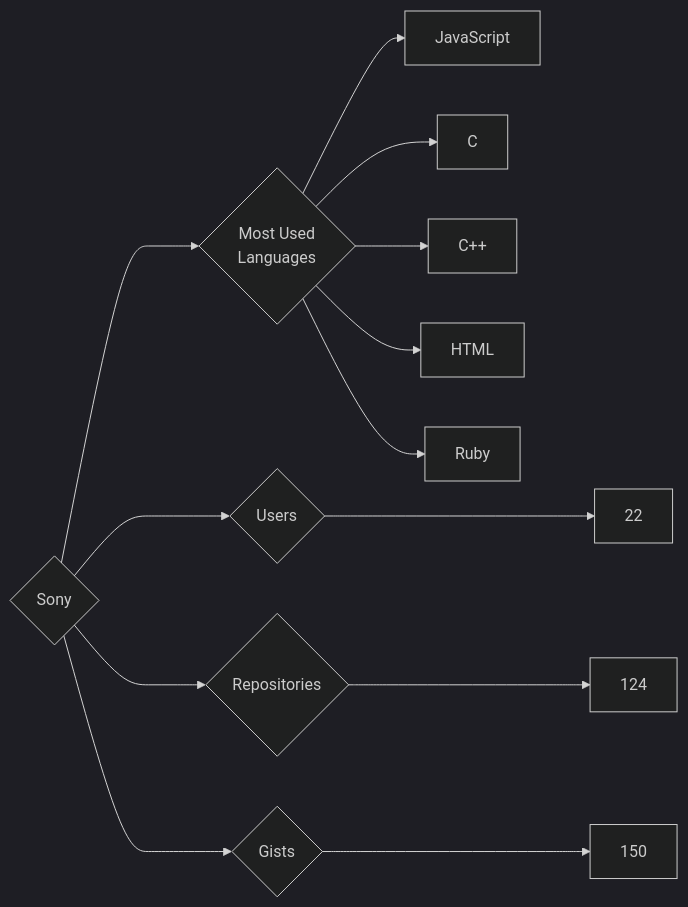
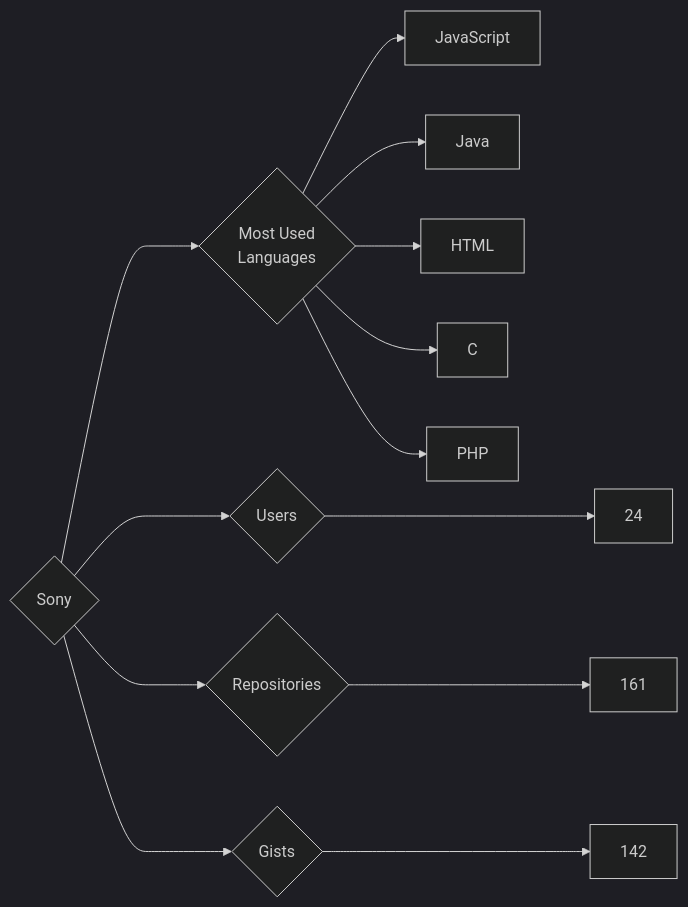
Before and after one commit to trickest/insiders: the diagram in targets/Sony/README.md, drawn with Mermaid (dark theme). The commit also changed 995 other files, not shown here.

````diff
--- a/targets/Sony/README.md
+++ b/targets/Sony/README.md
@@ -3,13 +3,13 @@
 ```mermaid
 graph LR
 COMPANY_NAME{Sony}
-COMPANY_NAME ---> U{Users} ---> UN[22]
-COMPANY_NAME ---> R{Repositories} ---> RN[124]
-COMPANY_NAME ---> G{Gists} ---> GN[150]
+COMPANY_NAME ---> U{Users} ---> UN[24]
+COMPANY_NAME ---> R{Repositories} ---> RN[161]
+COMPANY_NAME ---> G{Gists} ---> GN[142]
 COMPANY_NAME ---> ML{Most Used<br>Languages}
 ML --> JavaScript[JavaScript]
+ML --> Java[Java]
+ML --> HTML[HTML]
 ML --> C[C]
-ML --> C++[C++]
-ML --> HTML[HTML]
-ML --> Ruby[Ruby]
+ML --> PHP[PHP]
 ```
````
